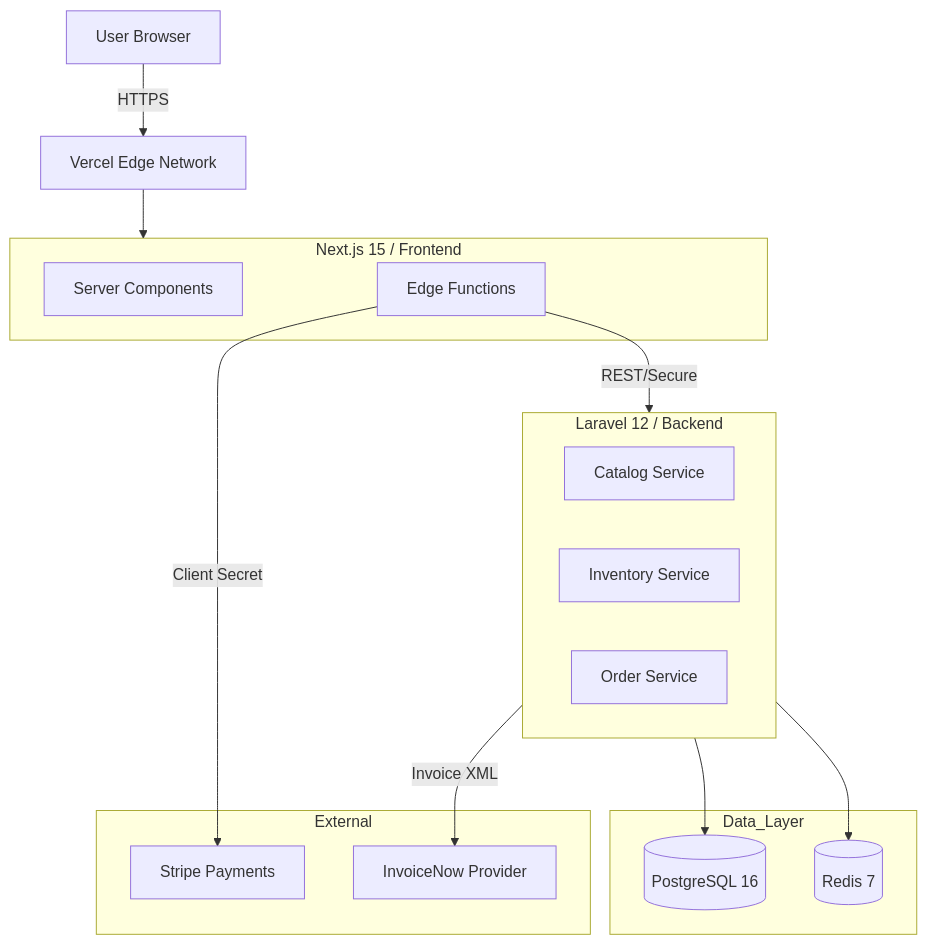
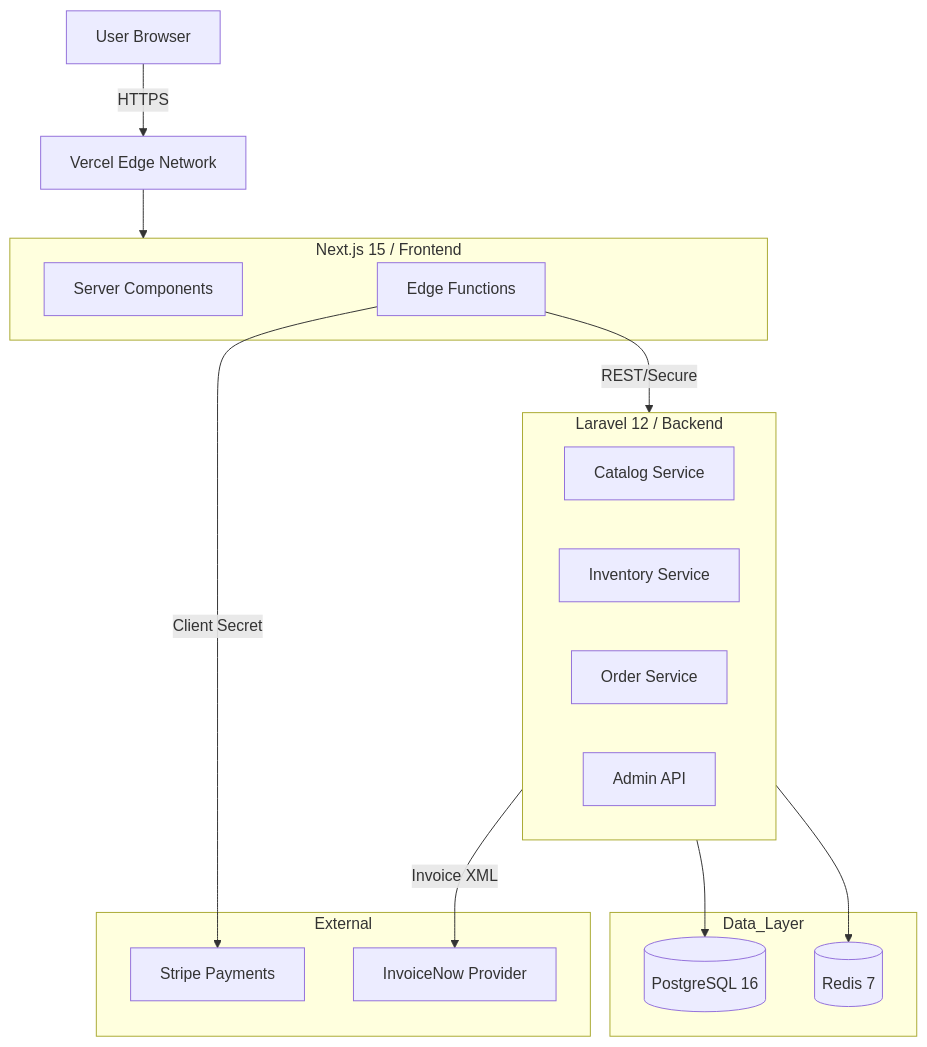
Before and after one commit to nordeim/cafe-sg: the diagram in README.md, drawn with Mermaid. The commit also changed other lines of this file and 1 other file, not shown here.

````diff
--- a/README.md
+++ b/README.md
@@ -42,35 +43,36 @@
 ```mermaid
 graph TD
   User[User Browser] -->|HTTPS| Edge[Vercel Edge Network]
   
   subgraph Frontend_BFF [Next.js 15 / Frontend]
     Page[Server Components]
     Cart[Edge Functions]
   end
   
   Edge --> Frontend_BFF
   
   subgraph Backend_Domain [Laravel 12 / Backend]
     Catalog[Catalog Service]
     Inventory[Inventory Service]
     Order[Order Service]
+    Admin[Admin API]
   end
   
   Cart -->|REST/Secure| Backend_Domain
   
   subgraph Data_Layer
     PG[(PostgreSQL 16)]
     Redis[(Redis 7)]
   end
   
   Backend_Domain --> PG
   Backend_Domain --> Redis
   
   subgraph External
     Stripe[Stripe Payments]
     IRAS[InvoiceNow Provider]
   end
   
   Cart -->|Client Secret| Stripe
   Backend_Domain -->|Invoice XML| IRAS
 ```
````
